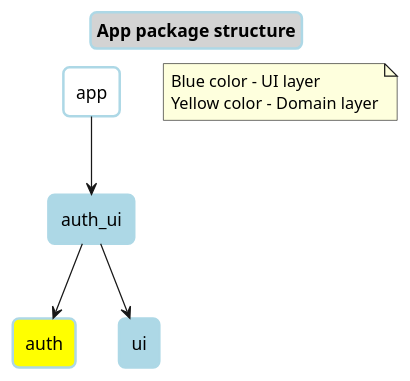
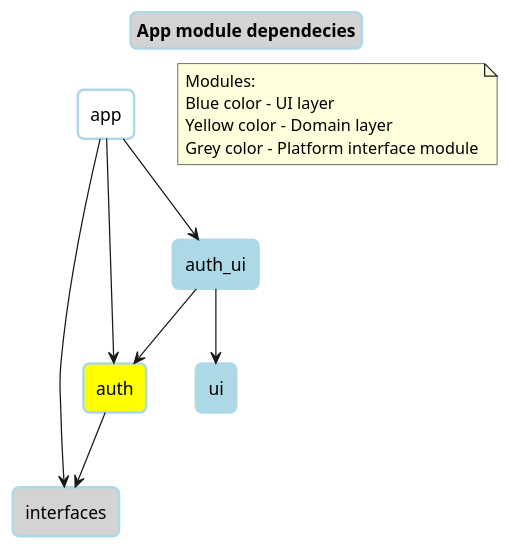
Before and after one commit to SerhiiButryk/Notes: the diagram in images/package_diagram.puml, drawn with PlantUML. The commit also changed 145 other files, not shown here.

Commit message:
Added hilt dependecy injection into app. Removed old notes code. Also added new interfaces module for better api reuse

```diff
--- a/images/package_diagram.puml
+++ b/images/package_diagram.puml
@@ -1,33 +1,39 @@
 @startuml
 /'
   Docs:
   https://plantuml.com/guide
 
   Online creator:
   https://www.planttext.com/
 
   Examples:
   https://real-world-plantuml.com/ 
 '/
 skinparam titleBorderRoundCorner 10
 skinparam titleBorderThickness 2
 skinparam titleBorderColor lightblue
 skinparam titleBackgroundColor #D3D3D3
 
-title App package structure
+title App module dependecies
 
 rectangle app #white
+rectangle interfaces #LightGrey
 rectangle auth #yellow
 rectangle auth_ui #lightblue
 rectangle ui #lightblue
 
 app --> auth_ui
+app --> auth
+app --> interfaces
 auth_ui --> ui 
 auth_ui --> auth
+auth --> interfaces
 
 note as Description
+  Modules:
   Blue color - UI layer 
   Yellow color - Domain layer
+  Grey color - Platform interface module
 end note
 
 @enduml
```
